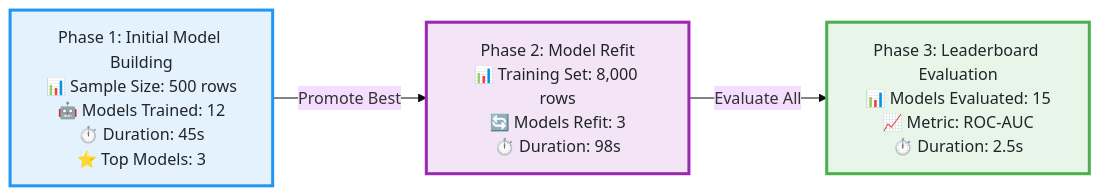
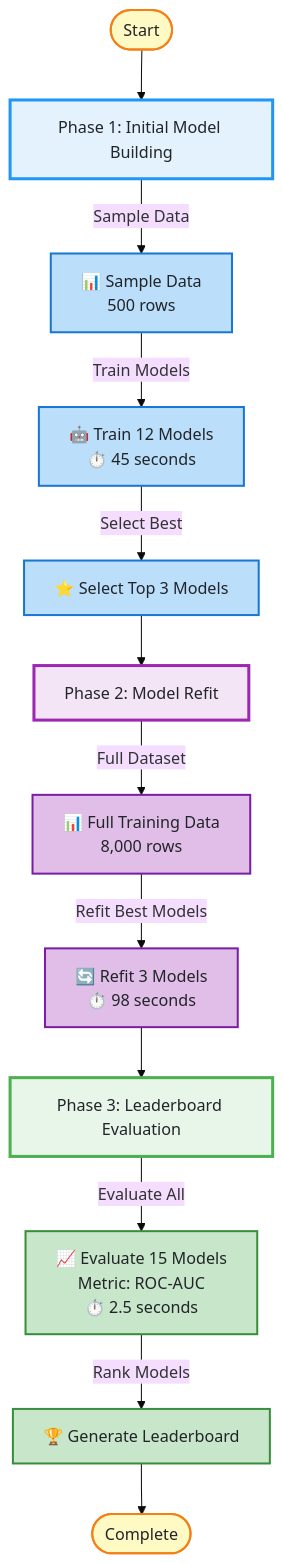
The diagram in documentation/components/automl/experiment-summary-sample.md (opendatahub-io/architecture-decision-records), drawn with Mermaid (base theme) before and after one commit. The commit also changed other lines of this file and 1 other file, not shown here.

````diff
--- a/documentation/components/automl/experiment-summary-sample.md
+++ b/documentation/components/automl/experiment-summary-sample.md
@@ -128,9 +128,33 @@
 ```mermaid
-flowchart LR
-    A[Phase 1: Initial Model Building<br/>📊 Sample Size: 500 rows<br/>🤖 Models Trained: 12<br/>⏱️ Duration: 45s<br/>⭐ Top Models: 3] -->|Promote Best| B[Phase 2: Model Refit<br/>📊 Training Set: 8,000 rows<br/>🔄 Models Refit: 3<br/>⏱️ Duration: 98s]
-    B -->|Evaluate All| C[Phase 3: Leaderboard Evaluation<br/>📊 Models Evaluated: 15<br/>📈 Metric: ROC-AUC<br/>⏱️ Duration: 2.5s]
+flowchart TD
+    Start([Start]) --> Phase1[Phase 1: Initial Model Building]
     
-    style A fill:#e3f2fd,stroke:#2196F3,stroke-width:3px,color:#212529
-    style B fill:#f3e5f5,stroke:#9C27B0,stroke-width:3px,color:#212529
-    style C fill:#e8f5e9,stroke:#4CAF50,stroke-width:3px,color:#212529
+    Phase1 -->|Sample Data| Sample[📊 Sample Data<br/>500 rows]
+    Sample -->|Train Models| Train[🤖 Train 12 Models<br/>⏱️ 45 seconds]
+    Train -->|Select Best| Select[⭐ Select Top 3 Models]
+    
+    Select --> Phase2[Phase 2: Model Refit]
+    Phase2 -->|Full Dataset| FullData[📊 Full Training Data<br/>8,000 rows]
+    FullData -->|Refit Best Models| Refit[🔄 Refit 3 Models<br/>⏱️ 98 seconds]
+    
+    Refit --> Phase3[Phase 3: Leaderboard Evaluation]
+    Phase3 -->|Evaluate All| Eval[📈 Evaluate 15 Models<br/>Metric: ROC-AUC<br/>⏱️ 2.5 seconds]
+    Eval -->|Rank Models| Leaderboard[🏆 Generate Leaderboard]
+    Leaderboard --> End([Complete])
+    
+    style Phase1 fill:#e3f2fd,stroke:#2196F3,stroke-width:3px,color:#212529
+    style Sample fill:#bbdefb,stroke:#1976D2,stroke-width:2px,color:#212529
+    style Train fill:#bbdefb,stroke:#1976D2,stroke-width:2px,color:#212529
+    style Select fill:#bbdefb,stroke:#1976D2,stroke-width:2px,color:#212529
+    
+    style Phase2 fill:#f3e5f5,stroke:#9C27B0,stroke-width:3px,color:#212529
+    style FullData fill:#e1bee7,stroke:#7B1FA2,stroke-width:2px,color:#212529
+    style Refit fill:#e1bee7,stroke:#7B1FA2,stroke-width:2px,color:#212529
+    
+    style Phase3 fill:#e8f5e9,stroke:#4CAF50,stroke-width:3px,color:#212529
+    style Eval fill:#c8e6c9,stroke:#388E3C,stroke-width:2px,color:#212529
+    style Leaderboard fill:#c8e6c9,stroke:#388E3C,stroke-width:2px,color:#212529
+    
+    style Start fill:#fff9c4,stroke:#F57F17,stroke-width:2px,color:#212529
+    style End fill:#fff9c4,stroke:#F57F17,stroke-width:2px,color:#212529
 ```
````
